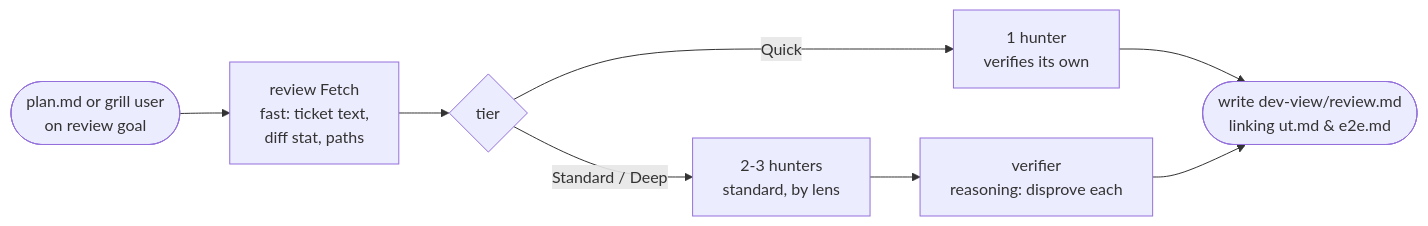
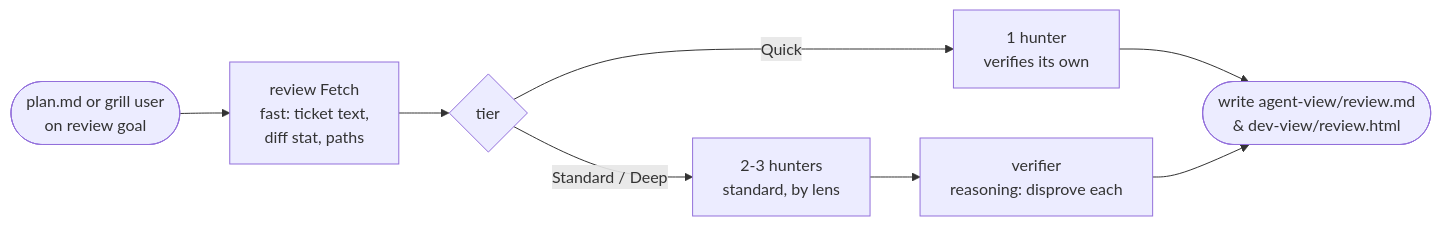
One commit to le0u0/just-do-it changed the diagram in docs/go-review.md. Above: the diagram before and after it, drawn with Mermaid. The commit also changed other lines of this file and 39 other files, not shown here.

Commit message:
feat: move ut, e2e, and review md to agent-view and default dev-view to html

````diff
--- a/docs/go-review.md
+++ b/docs/go-review.md
@@ -9,10 +9,10 @@
 ```mermaid
 flowchart LR
     IN([plan.md or grill user<br/>on review goal]) --> G[review Fetch<br/>fast: ticket text,<br/>diff stat, paths]
     G --> T{tier}
     T -->|Quick| Q[1 hunter<br/>verifies its own]
     T -->|Standard / Deep| H[2-3 hunters<br/>standard, by lens]
     H --> V[verifier<br/>reasoning: disprove each]
-    Q --> R([write dev-view/review.md<br/>linking ut.md & e2e.md])
+    Q --> R([write agent-view/review.md<br/>& dev-view/review.html])
     V --> R
 ```
````
